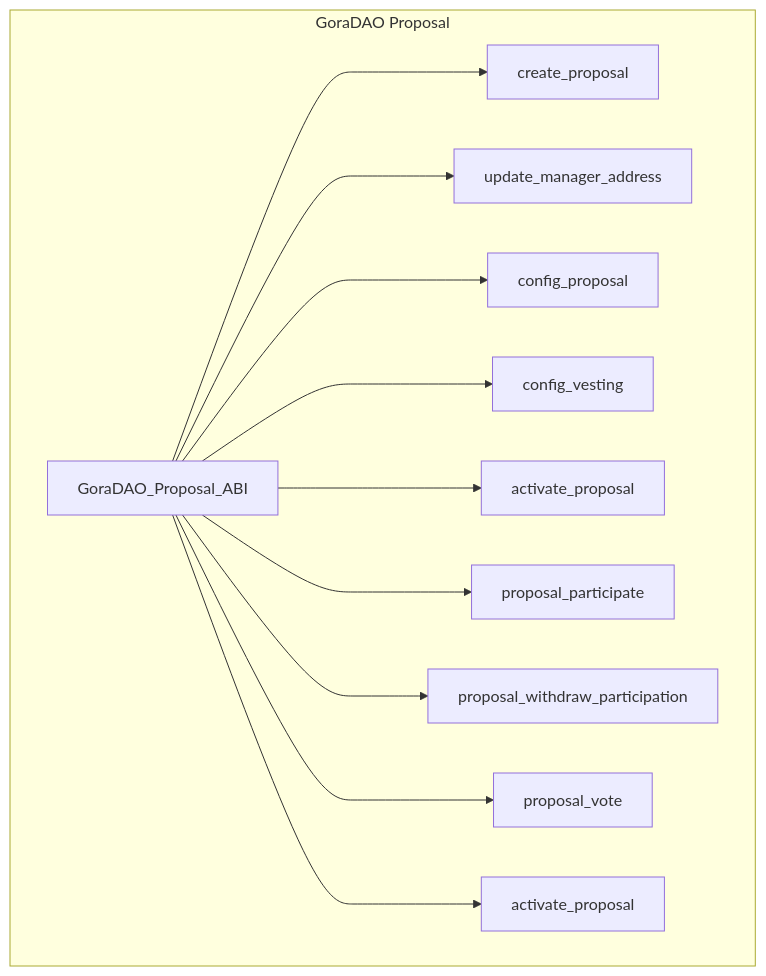
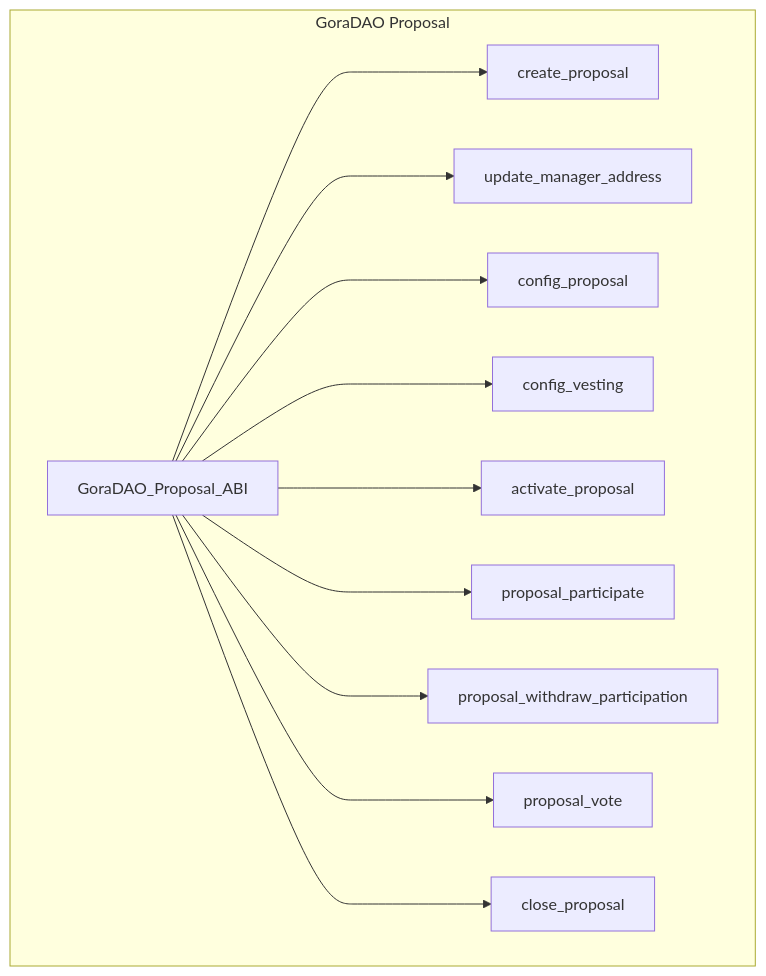
One commit to GoraNetwork/gora-dao-smartcontracts changed the seventh of 8 diagrams in README.md. Above: the diagram before and after it, drawn with Mermaid.

````diff
--- a/README.md
+++ b/README.md
@@ -272,32 +272,32 @@
 ```mermaid
 
 graph TB
  
       subgraph GoraDAO Proposal
             GoraDAO_Proposal[GoraDAO_Proposal_ABI]
             Proposal_Create[create_proposal]
             Update_Manager_address[update_manager_address]
             Configure_Proposal[config_proposal]
             Configure_Vesting[config_vesting]
             Activate_Voting[activate_proposal]
             Proposal_Participate[proposal_participate]
             Proposal_Withdraw_Participation[proposal_withdraw_participation]
             Proposal_Vote[proposal_vote]
-            Force_Close_Proposal[activate_proposal]
+            Force_Close_Proposal[close_proposal]
        
         end
       
 
       GoraDAO_Proposal[GoraDAO_Proposal_ABI] ---> Proposal_Create
       GoraDAO_Proposal[GoraDAO_Proposal_ABI] ---> Update_Manager_address
 
       GoraDAO_Proposal[GoraDAO_Proposal_ABI] ---> Configure_Proposal
       GoraDAO_Proposal[GoraDAO_Proposal_ABI] ---> Configure_Vesting
       GoraDAO_Proposal[GoraDAO_Proposal_ABI] ---> Activate_Voting
       GoraDAO_Proposal[GoraDAO_Proposal_ABI] ---> Proposal_Participate
       GoraDAO_Proposal[GoraDAO_Proposal_ABI] ---> Proposal_Withdraw_Participation
       GoraDAO_Proposal[GoraDAO_Proposal_ABI] ---> Proposal_Vote
       GoraDAO_Proposal[GoraDAO_Proposal_ABI] ---> Force_Close_Proposal
  
 
 ```
````
